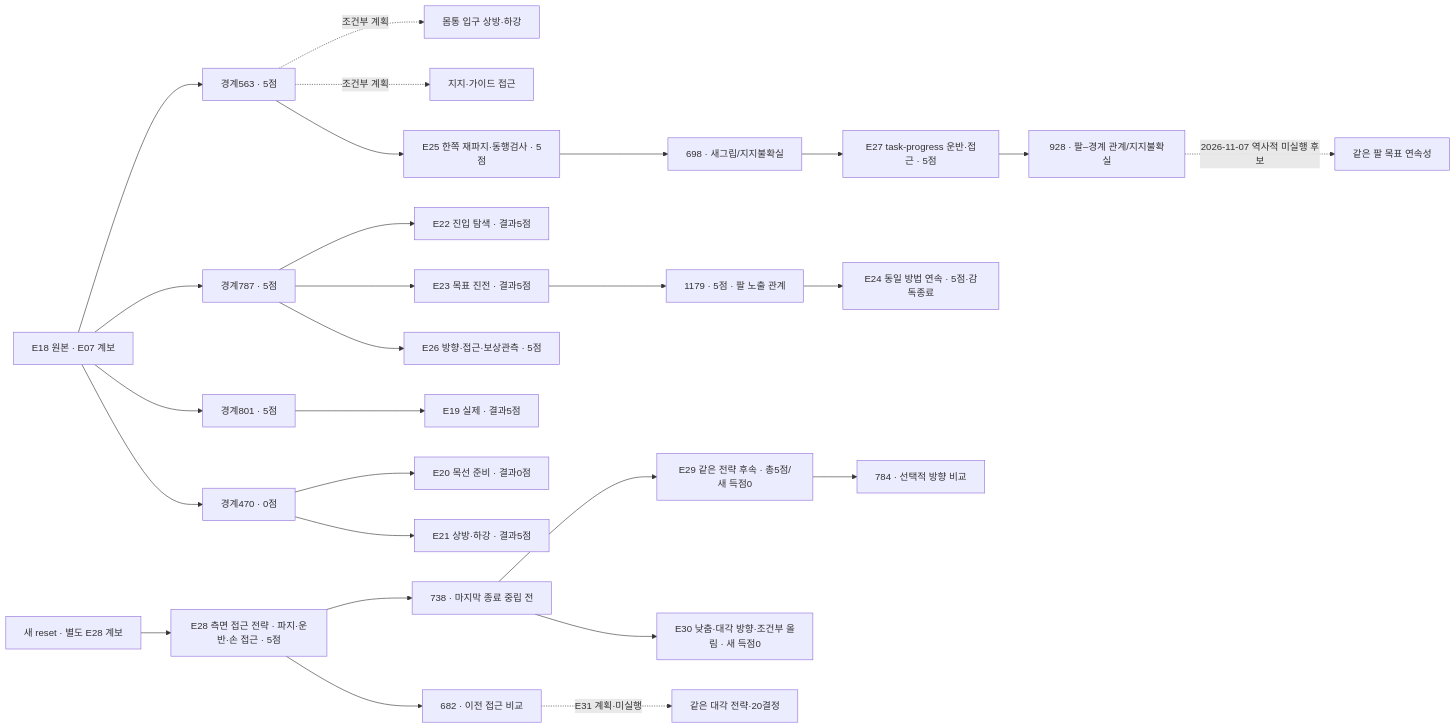
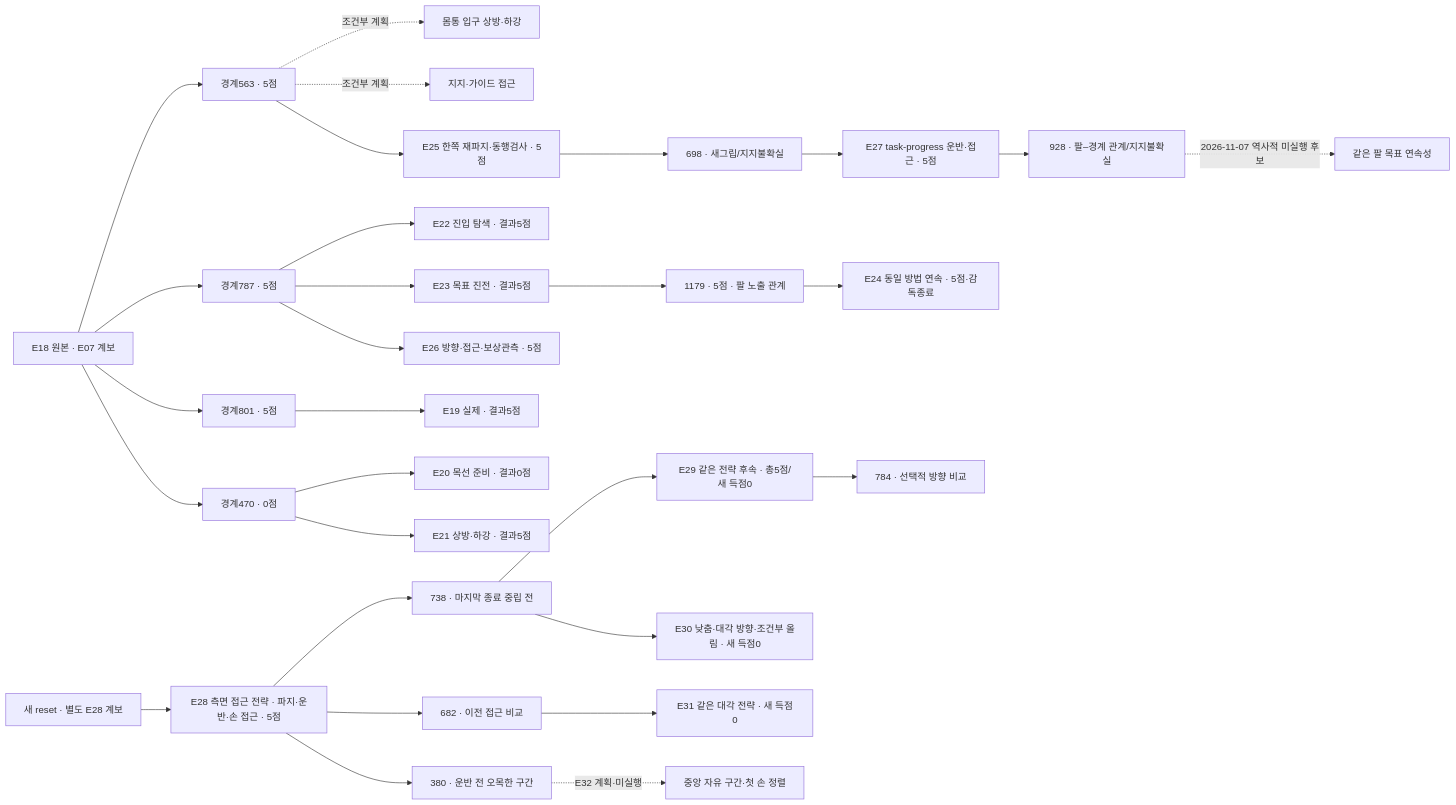
The diagram in docs/collection/catalog/README.ko.md (leonyoon-3dai/PhyRC_2027_phase1), drawn with Mermaid before and after one commit. The commit also changed other lines of this file and 43 other files, not shown here.

````diff
--- a/docs/collection/catalog/README.ko.md
+++ b/docs/collection/catalog/README.ko.md
@@ -37,29 +37,31 @@
 ```mermaid
 flowchart LR
   E18["E18 원본 · E07 계보"] --> P563["경계563 · 5점"]
   E18 --> P787["경계787 · 5점"]
   E18 --> P801["경계801 · 5점"]
   E18 --> P470["경계470 · 0점"]
   P563 -. "조건부 계획" .-> O["몸통 입구 상방·하강"]
   P563 -. "조건부 계획" .-> G["지지·가이드 접근"]
   P801 --> E19["E19 실제 · 결과5점"]
   P470 --> E20["E20 목선 준비 · 결과0점"]
   P470 --> E21["E21 상방·하강 · 결과5점"]
   P787 --> E22["E22 진입 탐색 · 결과5점"]
   P787 --> E23["E23 목표 진전 · 결과5점"]
   E23 --> P1179["1179 · 5점 · 팔 노출 관계"]
   P1179 --> E24["E24 동일 방법 연속 · 5점·감독종료"]
   P563 --> M1["E25 한쪽 재파지·동행검사 · 5점"]
   P787 --> M2["E26 방향·접근·보상관측 · 5점"]
   M1 --> P698["698 · 새그립/지지불확실"]
   P698 --> C["E27 task-progress 운반·접근 · 5점"]
   C --> P928["928 · 팔–경계 관계/지지불확실"]
   P928 -. "2026-11-07 역사적 미실행 후보" .-> S["같은 팔 목표 연속성"]
   F["새 reset · 별도 E28 계보"] --> E28["E28 측면 접근 전략 · 파지·운반·손 접근 · 5점"]
   E28 --> P738["738 · 마지막 종료 중립 전"]
   E28 --> P682["682 · 이전 접근 비교"]
   P738 --> E29["E29 같은 전략 후속 · 총5점/새 득점0"]
   E29 --> P784["784 · 선택적 방향 비교"]
   P738 --> E30["E30 낮춤·대각 방향·조건부 올림 · 새 득점0"]
-  P682 -. "E31 계획·미실행" .-> N["같은 대각 전략·20결정"]
+  P682 --> E31["E31 같은 대각 전략 · 새 득점0"]
+  E28 --> P380["380 · 운반 전 오목한 구간"]
+  P380 -. "E32 계획·미실행" .-> N["중앙 자유 구간·첫 손 정렬"]
 ```
````
